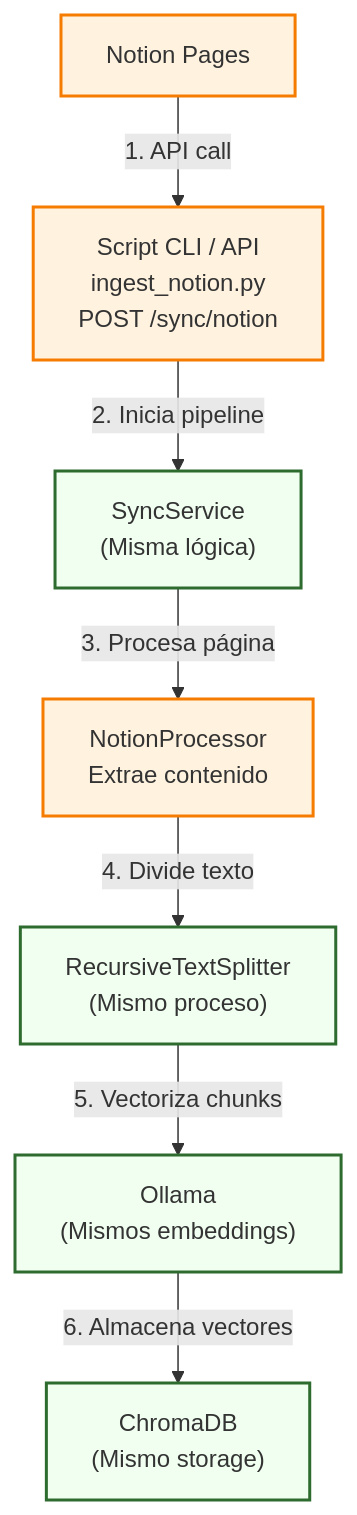
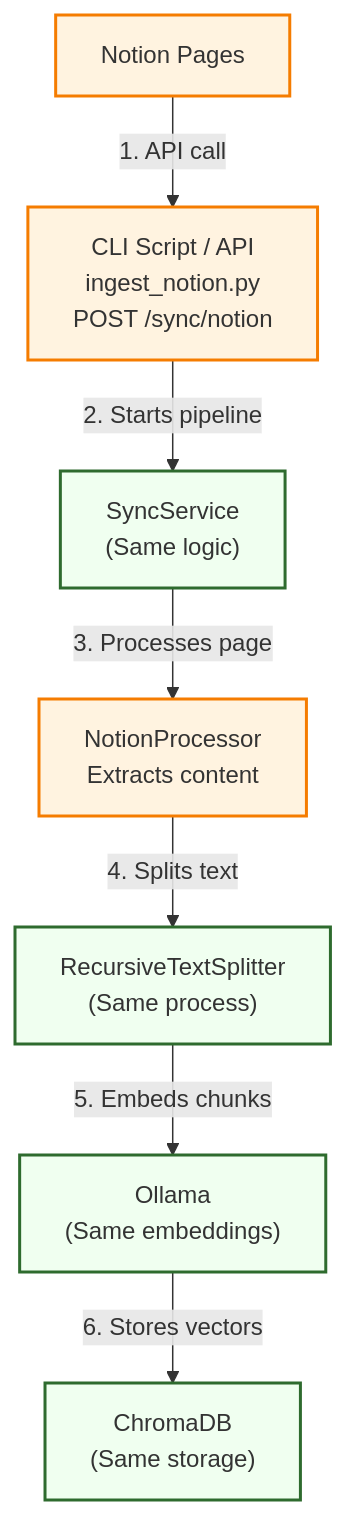
Before and after one commit to mrodespin/aibrarian: the third of 5 diagrams in README.md, drawn with Mermaid. The commit also changed other lines of this file, not shown here.

````diff
--- a/README.md
+++ b/README.md
@@ -229,27 +228,27 @@
 ```mermaid
 flowchart TD
-    %% --- Definiciones de Estilo ---
+    %% --- Style Definitions ---
     classDef extension fill:#fff3e0,stroke:#f57c00,stroke-width:2px;
     classDef mvp fill:#f0fff0,stroke:#2e6b2e,stroke-width:2px;
 
-    %% --- Nodos ---
+    %% --- Nodes ---
     A["Notion Pages"]
-    B["Script CLI / API<br>ingest_notion.py<br>POST /sync/notion"]
-    C["SyncService<br>(Misma lógica)"]
-    D["NotionProcessor<br>Extrae contenido"]
-    E["RecursiveTextSplitter<br>(Mismo proceso)"]
-    F["Ollama<br>(Mismos embeddings)"]
-    G["ChromaDB<br>(Mismo storage)"]
+    B["CLI Script / API<br>ingest_notion.py<br>POST /sync/notion"]
+    C["SyncService<br>(Same logic)"]
+    D["NotionProcessor<br>Extracts content"]
+    E["RecursiveTextSplitter<br>(Same process)"]
+    F["Ollama<br>(Same embeddings)"]
+    G["ChromaDB<br>(Same storage)"]
 
-    %% --- Asignación de Clases ---
+    %% --- Class Assignment ---
     class A,B,D extension
     class C,E,F,G mvp
 
-    %% --- Flujo Notion ---
+    %% --- Notion Flow ---
     A -->|"1. API call"| B
-    B -->|"2. Inicia pipeline"| C
-    C -->|"3. Procesa página"| D
-    D -->|"4. Divide texto"| E
-    E -->|"5. Vectoriza chunks"| F
-    F -->|"6. Almacena vectores"| G
+    B -->|"2. Starts pipeline"| C
+    C -->|"3. Processes page"| D
+    D -->|"4. Splits text"| E
+    E -->|"5. Embeds chunks"| F
+    F -->|"6. Stores vectors"| G
 ```
````
